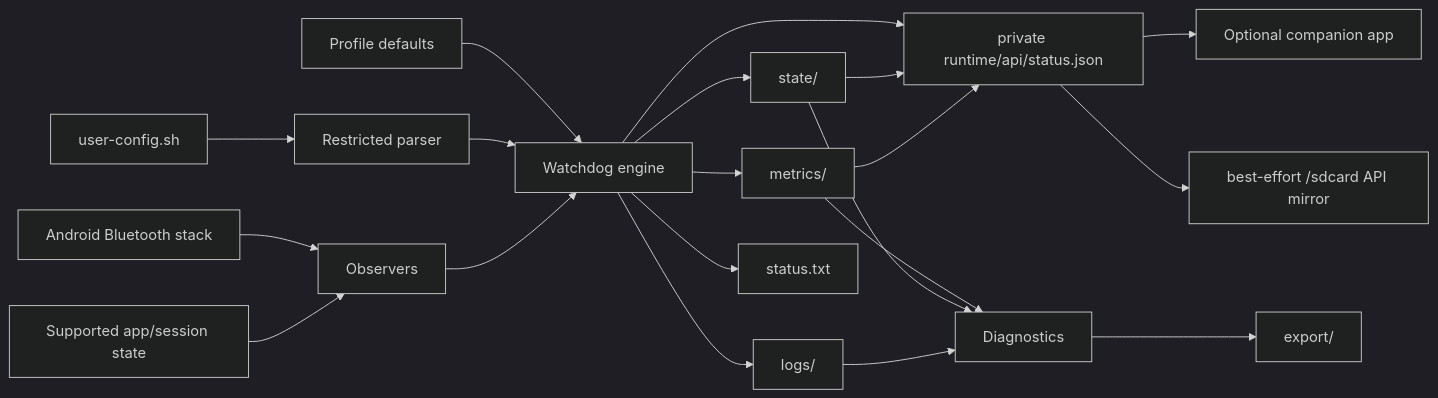
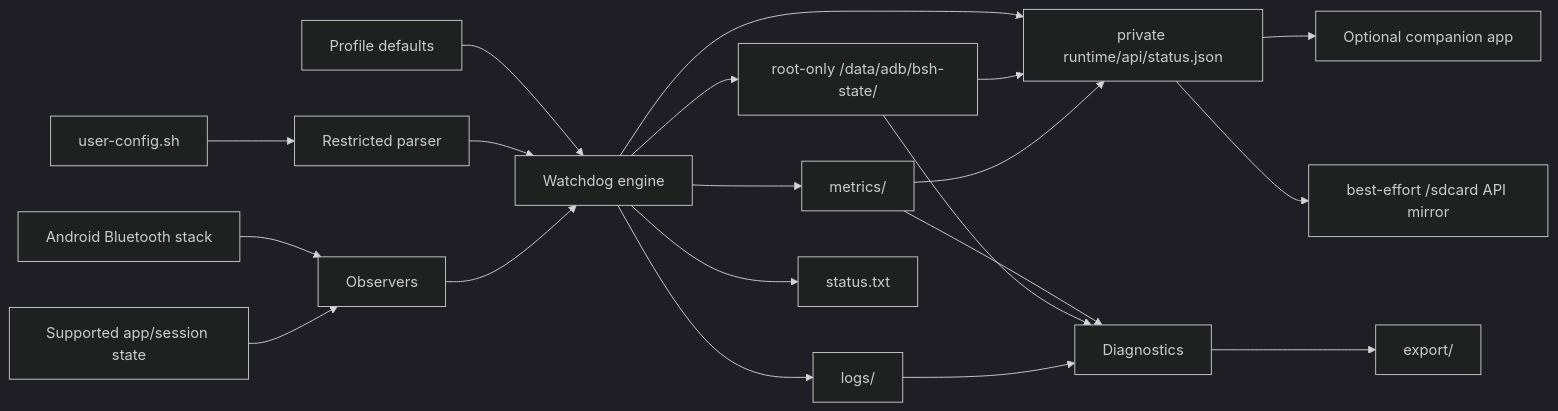
Before and after one commit to RogueAssassin/Bluetooth-Stability-Helper: the third of 4 diagrams in ARCHITECTURE.md, drawn with Mermaid (dark theme). The commit also changed other lines of this file and 2 other files, not shown here.

Commit message:
ci: harden release and package workflows (#9)
- Only release from main: a manual run on another branch skips the gate
  and release jobs instead of tagging and publishing.
- Validate version and versionCode from module.prop, then pass them to
  later steps through the environment rather than interpolating step
  outputs into shell scripts.
- Match version lines in the built zip as exact fixed strings.
- Queue release runs with a concurrency group; never cancel mid-tag.
- ARCHITECTURE.md: label the state node as root-only /data/adb/bsh-state/
  and drop the stale "v1.7 service" wording.

````diff
--- a/ARCHITECTURE.md
+++ b/ARCHITECTURE.md
@@ -72,22 +72,22 @@
 ```mermaid
 flowchart LR
     Android[Android Bluetooth stack] --> Obs[Observers]
     Apps[Supported app/session state] --> Obs
     Config[user-config.sh] --> Parser[Restricted parser]
     Defaults[Profile defaults] --> Engine[Watchdog engine]
     Parser --> Engine
     Obs --> Engine
-    Engine --> State[state/]
+    Engine --> State[root-only /data/adb/bsh-state/]
     Engine --> Metrics[metrics/]
     Engine --> Logs[logs/]
     Engine --> Status[status.txt]
     Engine --> API[private runtime/api/status.json]
     State --> API
     Metrics --> API
     API --> App[Optional companion app]
     API --> Mirror[best-effort /sdcard API mirror]
     Metrics --> Diag[Diagnostics]
     State --> Diag
     Logs --> Diag
     Diag --> Export[export/]
 ```
````
